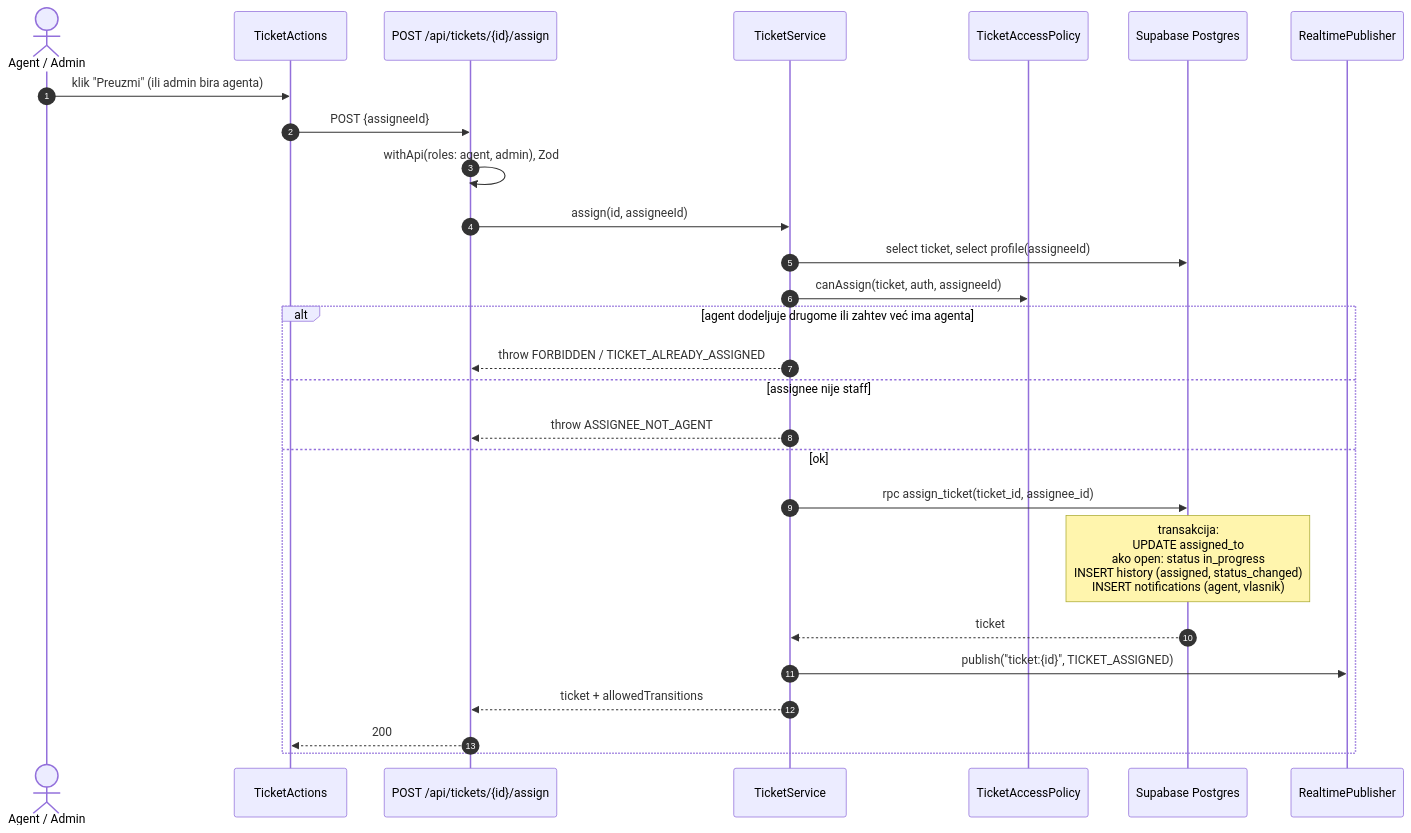
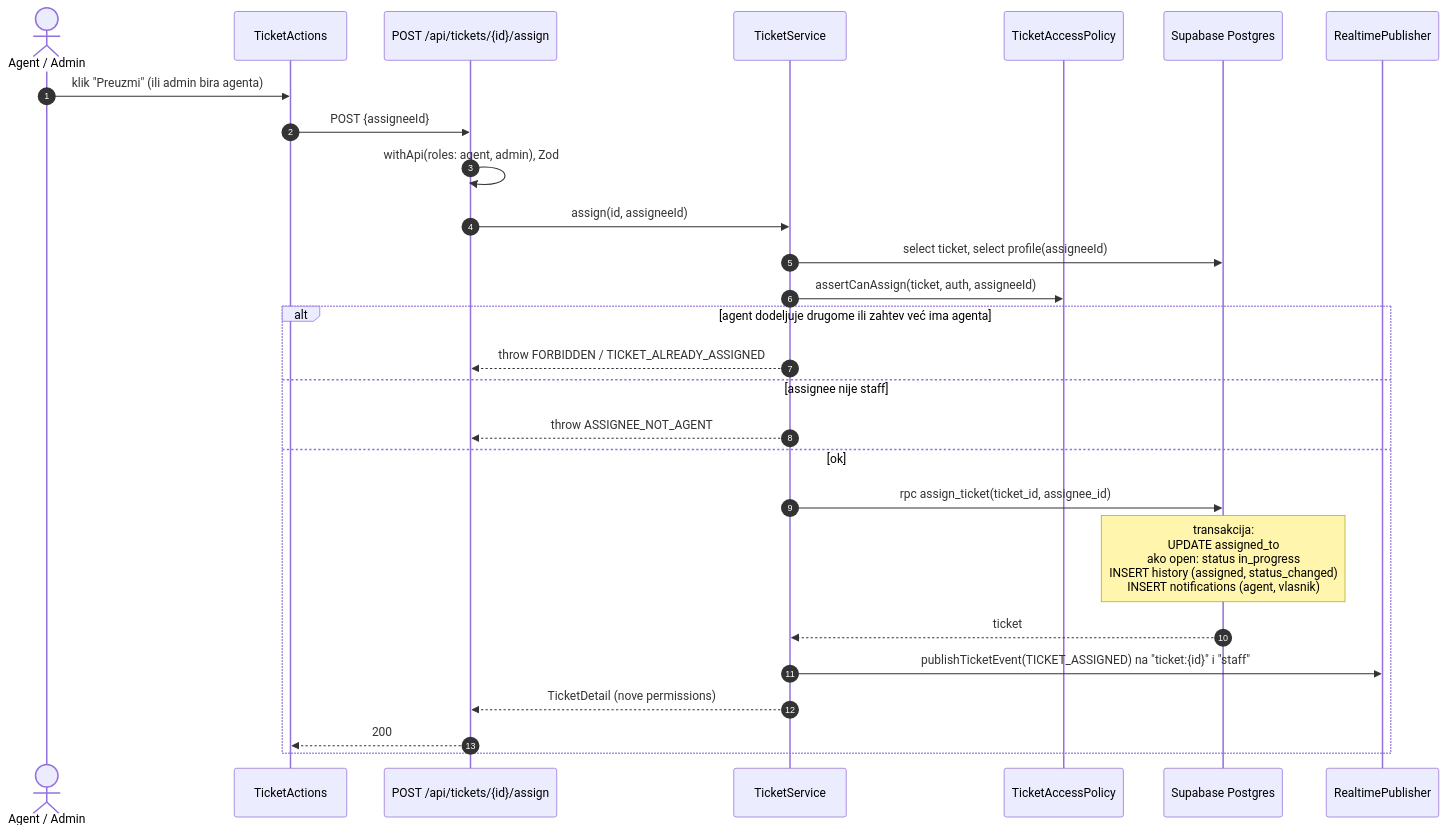
The seventh of 14 diagrams in docs/05-dijagrami-sekvenci.md (milutinpetrovic/diplomski-helpdesk), drawn with Mermaid before and after one commit. The commit also changed other lines of this file and 43 other files, not shown here.

First line of the commit message:
docs: sync diagrams and tables with the code (Phase 10b)

````diff
--- a/docs/05-dijagrami-sekvenci.md
+++ b/docs/05-dijagrami-sekvenci.md
@@ -240,30 +240,30 @@
 ```mermaid
 sequenceDiagram
     autonumber
     actor A as Agent / Admin
     participant TA as TicketActions
     participant R as POST /api/tickets/{id}/assign
     participant TS as TicketService
     participant TAP as TicketAccessPolicy
     participant DB as Supabase Postgres
     participant PB as RealtimePublisher
 
     A->>TA: klik "Preuzmi" (ili admin bira agenta)
     TA->>R: POST {assigneeId}
     R->>R: withApi(roles: agent, admin), Zod
     R->>TS: assign(id, assigneeId)
     TS->>DB: select ticket, select profile(assigneeId)
-    TS->>TAP: canAssign(ticket, auth, assigneeId)
+    TS->>TAP: assertCanAssign(ticket, auth, assigneeId)
     alt agent dodeljuje drugome ili zahtev već ima agenta
         TS-->>R: throw FORBIDDEN / TICKET_ALREADY_ASSIGNED
     else assignee nije staff
         TS-->>R: throw ASSIGNEE_NOT_AGENT
     else ok
         TS->>DB: rpc assign_ticket(ticket_id, assignee_id)
         Note over DB: transakcija:<br/>UPDATE assigned_to<br/>ako open: status in_progress<br/>INSERT history (assigned, status_changed)<br/>INSERT notifications (agent, vlasnik)
         DB-->>TS: ticket
-        TS->>PB: publish("ticket:{id}", TICKET_ASSIGNED)
-        TS-->>R: ticket + allowedTransitions
+        TS->>PB: publishTicketEvent(TICKET_ASSIGNED) na "ticket:{id}" i "staff"
+        TS-->>R: TicketDetail (nove permissions)
         R-->>TA: 200
     end
 ```
````
